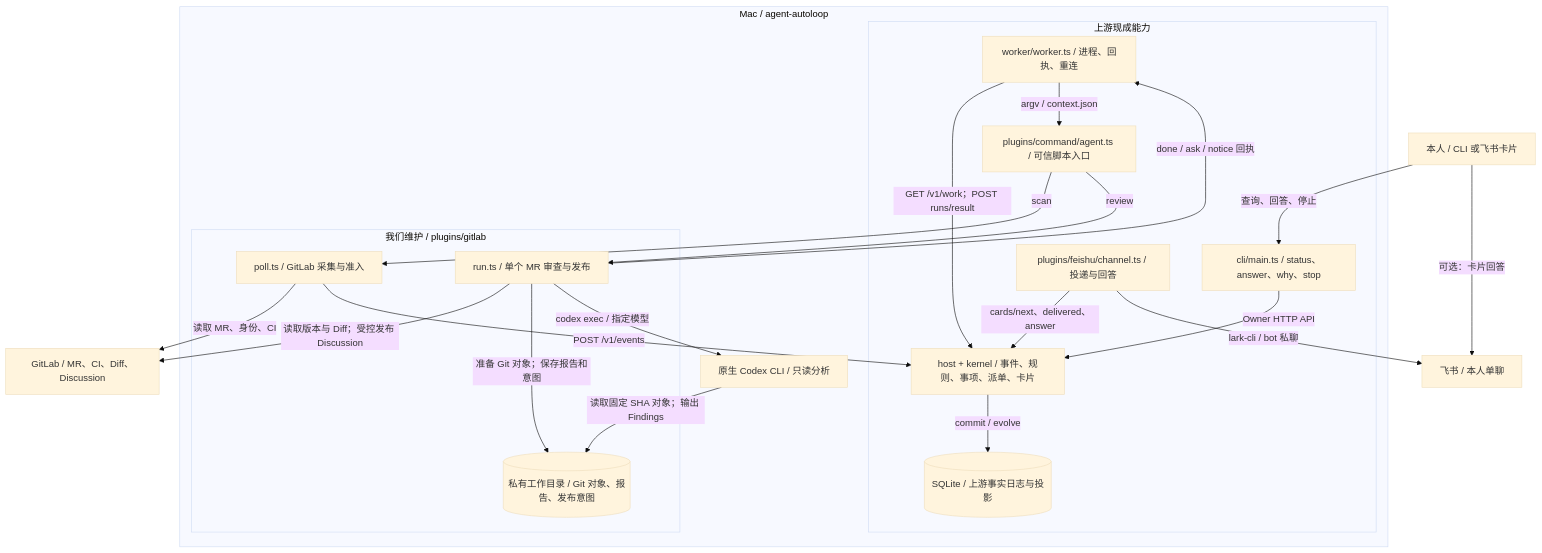
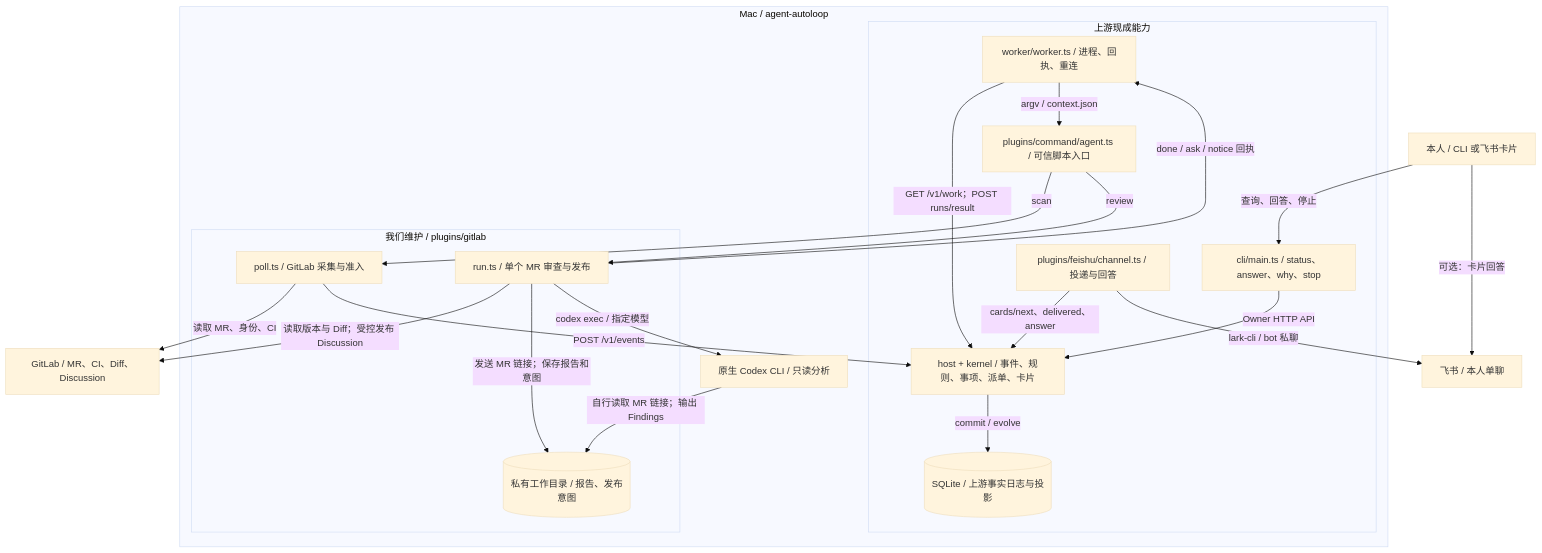
The first of 3 diagrams in docs/specs/local_agent_automation.md (OOSYOO/agent-autoloop), drawn with Mermaid (base theme) before and after one commit. The commit also changed other lines of this file and 22 other files, not shown here.

````diff
--- a/docs/specs/local_agent_automation.md
+++ b/docs/specs/local_agent_automation.md
@@ -30,39 +30,39 @@
 ```mermaid
 flowchart TB
     U["本人 / CLI 或飞书卡片"]
     GL["GitLab / MR、CI、Diff、Discussion"]
     FS["飞书 / 本人单聊"]
     subgraph MAC["Mac / agent-autoloop"]
         subgraph UP["上游现成能力"]
             C["cli/main.ts / status、answer、why、stop"]
             H["host + kernel / 事件、规则、事项、派单、卡片"]
             DB[("SQLite / 上游事实日志与投影")]
             W["worker/worker.ts / 进程、回执、重连"]
             CMD["plugins/command/agent.ts / 可信脚本入口"]
             CH["plugins/feishu/channel.ts / 投递与回答"]
         end
         subgraph EXT["我们维护 / plugins/gitlab"]
             P["poll.ts / GitLab 采集与准入"]
             R["run.ts / 单个 MR 审查与发布"]
-            D[("私有工作目录 / Git 对象、报告、发布意图")]
+            D[("私有工作目录 / 报告、发布意图")]
         end
         X["原生 Codex CLI / 只读分析"]
     end
     U -->|"查询、回答、停止"| C
     C -->|"Owner HTTP API"| H
     W -->|"GET /v1/work；POST runs/result"| H
     H -->|"commit / evolve"| DB
     W -->|"argv / context.json"| CMD
     CMD -->|"scan"| P
     CMD -->|"review"| R
     P -->|"读取 MR、身份、CI"| GL
     P -->|"POST /v1/events"| H
     R -->|"读取版本与 Diff；受控发布 Discussion"| GL
-    R -->|"准备 Git 对象；保存报告和意图"| D
+    R -->|"发送 MR 链接；保存报告和意图"| D
     R -->|"codex exec / 指定模型"| X
-    X -->|"读取固定 SHA 对象；输出 Findings"| D
+    X -->|"自行读取 MR 链接；输出 Findings"| D
     R -->|"done / ask / notice 回执"| W
     CH -->|"cards/next、delivered、answer"| H
     CH -->|"lark-cli / bot 私聊"| FS
     U -->|"可选：卡片回答"| FS
 ```
````
